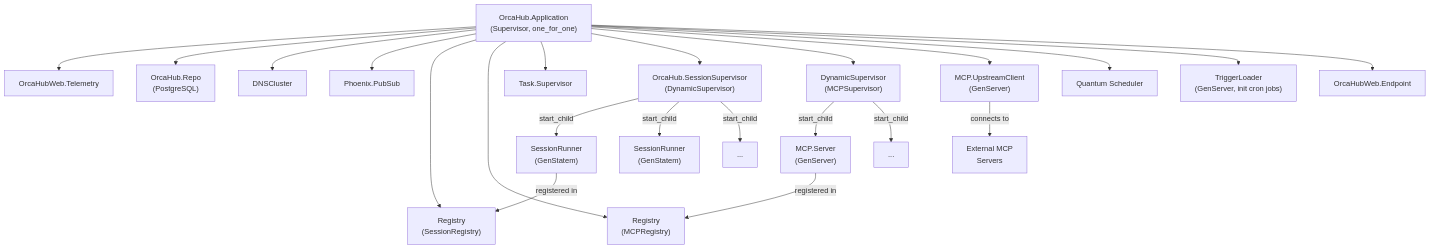
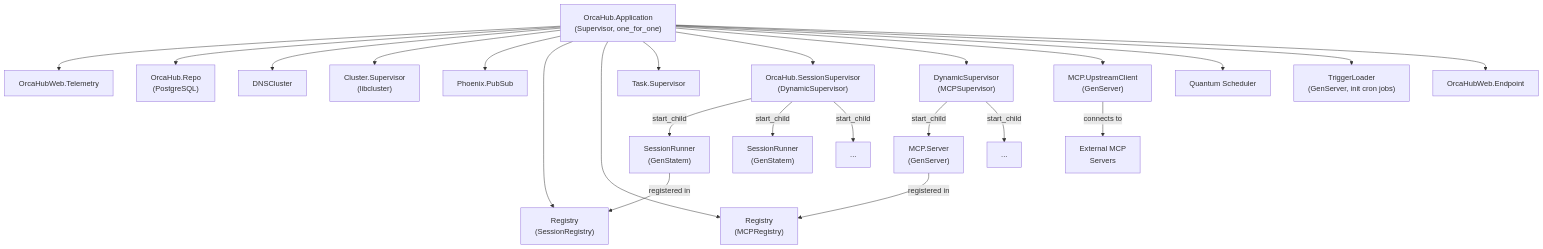
One commit to zingbretsen/orca_hub changed the diagram in .context/supervision-tree.md. Above: the diagram before and after it, drawn with Mermaid. The commit also changed 28 other files, not shown here.

First line of the commit message:
Nightly code quality: fix cluster bugs, update diagrams

````diff
--- a/.context/supervision-tree.md
+++ b/.context/supervision-tree.md
@@ -3,30 +3,31 @@
 ```mermaid
 graph TB
     App["OrcaHub.Application\n(Supervisor, one_for_one)"]
 
     App --> Telemetry["OrcaHubWeb.Telemetry"]
     App --> Repo["OrcaHub.Repo\n(PostgreSQL)"]
     App --> DNS["DNSCluster"]
+    App --> LibCluster["Cluster.Supervisor\n(libcluster)"]
     App --> PubSub["Phoenix.PubSub"]
     App --> SessionRegistry["Registry\n(SessionRegistry)"]
     App --> MCPRegistry["Registry\n(MCPRegistry)"]
     App --> TaskSupervisor["Task.Supervisor"]
     App --> SessionSupervisor["OrcaHub.SessionSupervisor\n(DynamicSupervisor)"]
     App --> MCPSupervisor["DynamicSupervisor\n(MCPSupervisor)"]
     App --> UpstreamClient["MCP.UpstreamClient\n(GenServer)"]
     App --> Scheduler["Quantum Scheduler"]
     App --> TriggerLoader["TriggerLoader\n(GenServer, init cron jobs)"]
     App --> Endpoint["OrcaHubWeb.Endpoint"]
 
     SessionSupervisor -->|start_child| SR1["SessionRunner\n(GenStatem)"]
     SessionSupervisor -->|start_child| SR2["SessionRunner\n(GenStatem)"]
     SessionSupervisor -->|start_child| SRN["..."]
 
     MCPSupervisor -->|start_child| MS1["MCP.Server\n(GenServer)"]
     MCPSupervisor -->|start_child| MSN["..."]
 
     SR1 -->|registered in| SessionRegistry
     MS1 -->|registered in| MCPRegistry
 
     UpstreamClient -->|connects to| ExtMCP["External MCP\nServers"]
 ```
````
